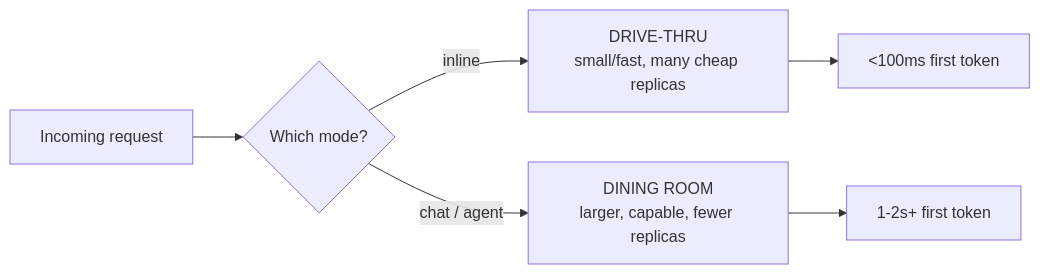
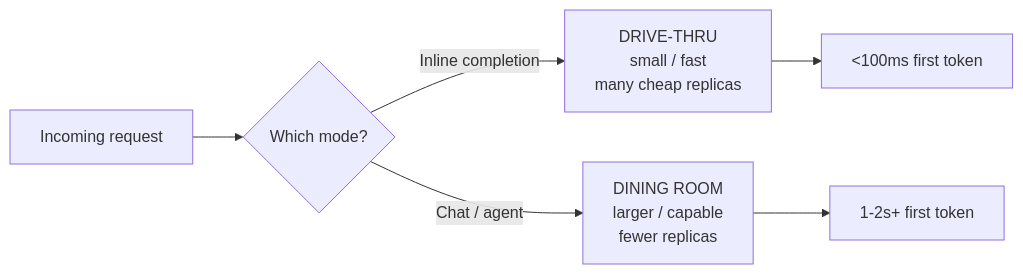
The seventh of 13 diagrams in system-design/HLD/0-course/45-Design-an-AI-Code-Assistant-FAANG-Guide-story.md (riyaz-pasha/Learnings), drawn with Mermaid before and after one commit. The commit also changed other lines of this file and 1 other file, not shown here.

Commit message:
[REWRITE] AI Code Assistant story guide: simplify prose, add structure, fix diagrams

````diff
--- a/system-design/HLD/0-course/45-Design-an-AI-Code-Assistant-FAANG-Guide-story.md
+++ b/system-design/HLD/0-course/45-Design-an-AI-Code-Assistant-FAANG-Guide-story.md
@@ -292,8 +448,8 @@
 ```mermaid
 flowchart LR
     Req["Incoming request"] --> Route{"Which mode?"}
-    Route -->|"inline"| Fast["DRIVE-THRU\nsmall/fast, many cheap replicas"]
-    Route -->|"chat / agent"| Big["DINING ROOM\nlarger, capable, fewer replicas"]
+    Route -->|"Inline completion"| Fast["DRIVE-THRU<br/>small / fast<br/>many cheap replicas"]
+    Route -->|"Chat / agent"| Big["DINING ROOM<br/>larger / capable<br/>fewer replicas"]
     Fast --> FO["&lt;100ms first token"]
     Big --> BO["1-2s+ first token"]
 ```
````
